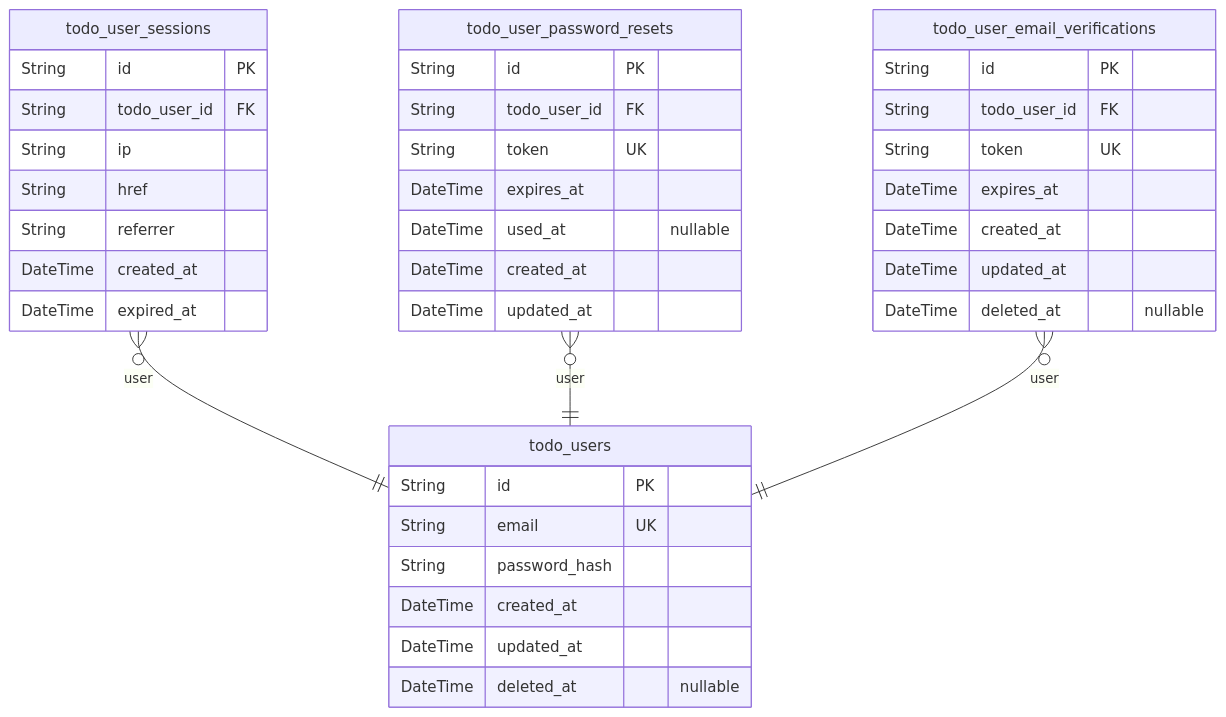
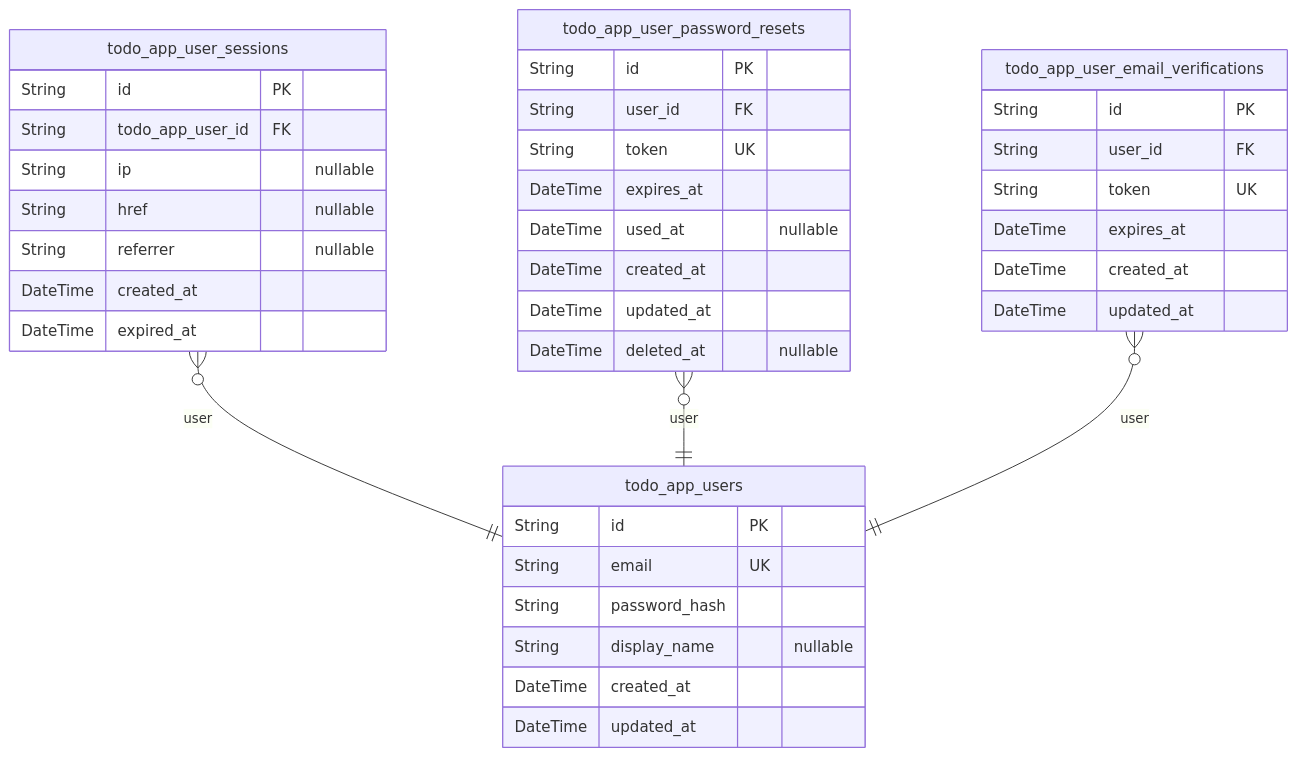
The first of 2 diagrams in qwen/qwen3-30b-a3b-thinking-2507/todo/docs/ERD.md (wrtnlabs/autobe-examples), drawn with Mermaid before and after one commit. The commit also changed other lines of this file and 25939 other files, not shown here.

````diff
--- a/qwen/qwen3-30b-a3b-thinking-2507/todo/docs/ERD.md
+++ b/qwen/qwen3-30b-a3b-thinking-2507/todo/docs/ERD.md
@@ -12,41 +10,41 @@
 ```mermaid
 erDiagram
-"todo_users" {
+"todo_app_users" {
   String id PK
   String email UK
   String password_hash
+  String display_name "nullable"
   DateTime created_at
   DateTime updated_at
-  DateTime deleted_at "nullable"
 }
-"todo_user_sessions" {
+"todo_app_user_sessions" {
   String id PK
-  String todo_user_id FK
-  String ip
-  String href
-  String referrer
+  String todo_app_user_id FK
+  String ip "nullable"
+  String href "nullable"
+  String referrer "nullable"
   DateTime created_at
   DateTime expired_at
 }
-"todo_user_password_resets" {
+"todo_app_user_password_resets" {
   String id PK
-  String todo_user_id FK
+  String user_id FK
   String token UK
   DateTime expires_at
   DateTime used_at "nullable"
   DateTime created_at
   DateTime updated_at
+  DateTime deleted_at "nullable"
 }
-"todo_user_email_verifications" {
+"todo_app_user_email_verifications" {
   String id PK
-  String todo_user_id FK
+  String user_id FK
   String token UK
   DateTime expires_at
   DateTime created_at
   DateTime updated_at
-  DateTime deleted_at "nullable"
 }
-"todo_user_sessions" }o--|| "todo_users" : user
-"todo_user_password_resets" }o--|| "todo_users" : user
-"todo_user_email_verifications" }o--|| "todo_users" : user
+"todo_app_user_sessions" }o--|| "todo_app_users" : user
+"todo_app_user_password_resets" }o--|| "todo_app_users" : user
+"todo_app_user_email_verifications" }o--|| "todo_app_users" : user
 ```
````
